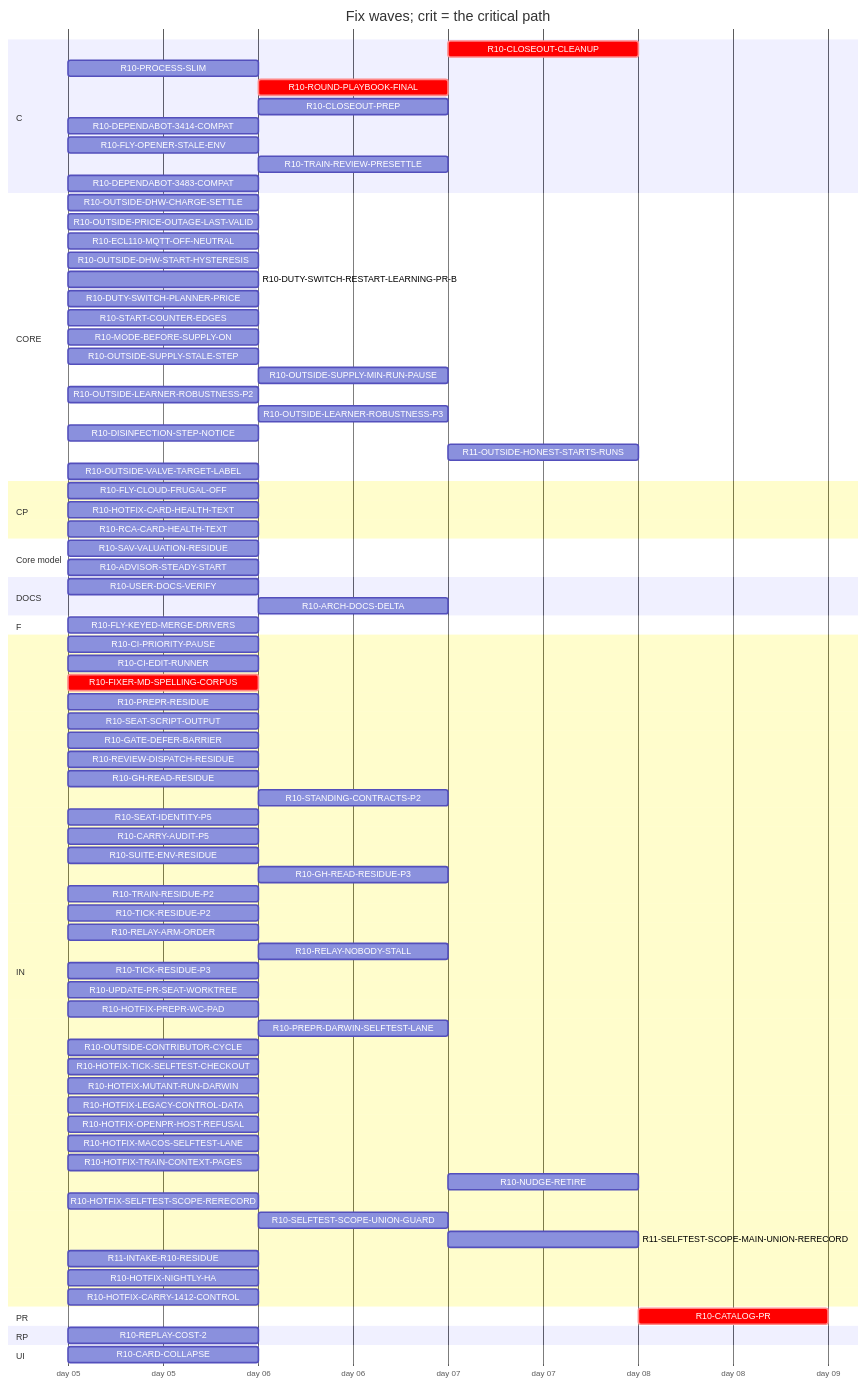
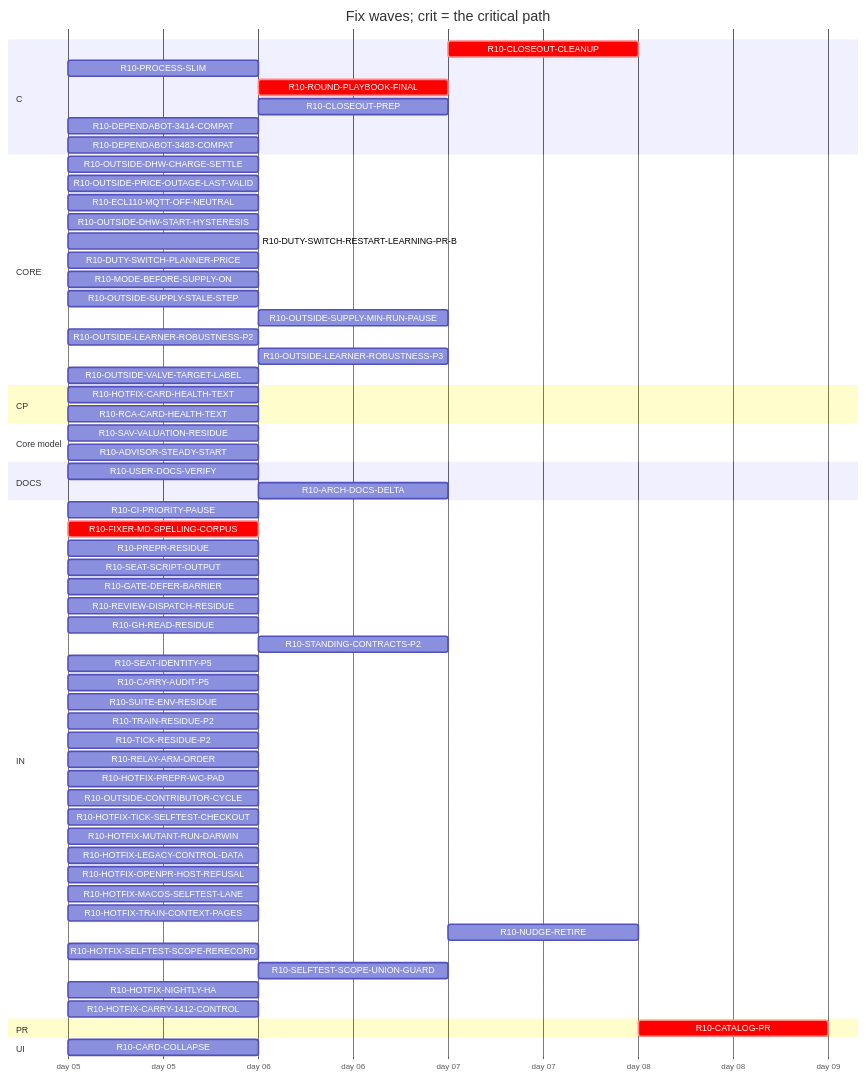
One commit to tvofi/heatpump_optimizer changed the diagram in handoff/round10/state/PLAN-TABLE.md. Above: the diagram before and after it, drawn with Mermaid. The commit also changed other lines of this file and 4 other files, not shown here.

Commit message:
state: FLOW-BOARD.md, NEXT-SESSION-PROMPT.md, PLAN-TABLE.md, PLAN.html, RESUME-CURRENT.md regenerated (state_docs.py)

````diff
--- a/handoff/round10/state/PLAN-TABLE.md
+++ b/handoff/round10/state/PLAN-TABLE.md
@@ -31,8 +29,6 @@
     R10-ROUND-PLAYBOOK-FINAL :crit, r10ROUNDPLAYBOOKFINAL, after r10FIXERMDSPELLINGCORPUS, 1d
     R10-CLOSEOUT-PREP :r10CLOSEOUTPREP, after r10FIXERMDSPELLINGCORPUS, 1d
     R10-DEPENDABOT-3414-COMPAT :r10DEPENDABOT3414COMPAT, 2026-01-05, 1d
-    R10-FLY-OPENER-STALE-ENV :r10FLYOPENERSTALEENV, 2026-01-05, 1d
-    R10-TRAIN-REVIEW-PRESETTLE :r10TRAINREVIEWPRESETTLE, after r10TRAINRESIDUEP2, 1d
     R10-DEPENDABOT-3483-COMPAT :r10DEPENDABOT3483COMPAT, 2026-01-05, 1d
   section CORE
     R10-OUTSIDE-DHW-CHARGE-SETTLE :r10OUTSIDEDHWCHARGESETTLE, 2026-01-05, 1d
@@ -41,17 +37,13 @@
     R10-OUTSIDE-DHW-START-HYSTERESIS :r10OUTSIDEDHWSTARTHYSTERESIS, 2026-01-05, 1d
     R10-DUTY-SWITCH-RESTART-LEARNING-PR-B :r10DUTYSWITCHRESTARTLEARNINGPRB, 2026-01-05, 1d
     R10-DUTY-SWITCH-PLANNER-PRICE :r10DUTYSWITCHPLANNERPRICE, 2026-01-05, 1d
-    R10-START-COUNTER-EDGES :r10STARTCOUNTEREDGES, 2026-01-05, 1d
     R10-MODE-BEFORE-SUPPLY-ON :r10MODEBEFORESUPPLYON, 2026-01-05, 1d
     R10-OUTSIDE-SUPPLY-STALE-STEP :r10OUTSIDESUPPLYSTALESTEP, 2026-01-05, 1d
     R10-OUTSIDE-SUPPLY-MIN-RUN-PAUSE :r10OUTSIDESUPPLYMINRUNPAUSE, after r10OUTSIDESUPPLYSTALESTEP, 1d
     R10-OUTSIDE-LEARNER-ROBUSTNESS-P2 :r10OUTSIDELEARNERROBUSTNESSP2, 2026-01-05, 1d
     R10-OUTSIDE-LEARNER-ROBUSTNESS-P3 :r10OUTSIDELEARNERROBUSTNESSP3, after r10OUTSIDELEARNERROBUSTNESSP2, 1d
-    R10-DISINFECTION-STEP-NOTICE :r10DISINFECTIONSTEPNOTICE, 2026-01-05, 1d
-    R11-OUTSIDE-HONEST-STARTS-RUNS :r11OUTSIDEHONESTSTARTSRUNS, after r10DUTYSWITCHPLANNERPRICE r10OUTSIDEDHWSTARTHYSTERESIS r10OUTSIDESUPPLYMINRUNPAUSE r10ADVISORSTEADYSTART, 1d
     R10-OUTSIDE-VALVE-TARGET-LABEL :r10OUTSIDEVALVETARGETLABEL, 2026-01-05, 1d
   section CP
-    R10-FLY-CLOUD-FRUGAL-OFF :r10FLYCLOUDFRUGALOFF, 2026-01-05, 1d
     R10-HOTFIX-CARD-HEALTH-TEXT :r10HOTFIXCARDHEALTHTEXT, 2026-01-05, 1d
     R10-RCA-CARD-HEALTH-TEXT :r10RCACARDHEALTHTEXT, 2026-01-05, 1d
   section Core model
@@ -60,11 +52,8 @@
   section DOCS
     R10-USER-DOCS-VERIFY :r10USERDOCSVERIFY, 2026-01-05, 1d
     R10-ARCH-DOCS-DELTA :r10ARCHDOCSDELTA, after r10SAVVALUATIONRESIDUE r10ADVISORSTEADYSTART r10PROCESSSLIM, 1d
-  section F
-    R10-FLY-KEYED-MERGE-DRIVERS :r10FLYKEYEDMERGEDRIVERS, 2026-01-05, 1d
   section IN
     R10-CI-PRIORITY-PAUSE :r10CIPRIORITYPAUSE, 2026-01-05, 1d
-    R10-CI-EDIT-RUNNER :r10CIEDITRUNNER, 2026-01-05, 1d
     R10-FIXER-MD-SPELLING-CORPUS :crit, r10FIXERMDSPELLINGCORPUS, 2026-01-05, 1d
     R10-PREPR-RESIDUE :r10PREPRRESIDUE, 2026-01-05, 1d
     R10-SEAT-SCRIPT-OUTPUT :r10SEATSCRIPTOUTPUT, 2026-01-05, 1d
@@ -75,15 +64,10 @@
     R10-SEAT-IDENTITY-P5 :r10SEATIDENTITYP5, 2026-01-05, 1d
     R10-CARRY-AUDIT-P5 :r10CARRYAUDITP5, 2026-01-05, 1d
     R10-SUITE-ENV-RESIDUE :r10SUITEENVRESIDUE, 2026-01-05, 1d
-    R10-GH-READ-RESIDUE-P3 :r10GHREADRESIDUEP3, after r10GHREADRESIDUE, 1d
     R10-TRAIN-RESIDUE-P2 :r10TRAINRESIDUEP2, 2026-01-05, 1d
     R10-TICK-RESIDUE-P2 :r10TICKRESIDUEP2, 2026-01-05, 1d
     R10-RELAY-ARM-ORDER :r10RELAYARMORDER, 2026-01-05, 1d
-    R10-RELAY-NOBODY-STALL :r10RELAYNOBODYSTALL, after r10RELAYARMORDER r10REVIEWDISPATCHRESIDUE, 1d
-    R10-TICK-RESIDUE-P3 :r10TICKRESIDUEP3, 2026-01-05, 1d
-    R10-UPDATE-PR-SEAT-WORKTREE :r10UPDATEPRSEATWORKTREE, 2026-01-05, 1d
     R10-HOTFIX-PREPR-WC-PAD :r10HOTFIXPREPRWCPAD, 2026-01-05, 1d
-    R10-PREPR-DARWIN-SELFTEST-LANE :r10PREPRDARWINSELFTESTLANE, after r10HOTFIXPREPRWCPAD, 1d
     R10-OUTSIDE-CONTRIBUTOR-CYCLE :r10OUTSIDECONTRIBUTORCYCLE, 2026-01-05, 1d
     R10-HOTFIX-TICK-SELFTEST-CHECKOUT :r10HOTFIXTICKSELFTESTCHECKOUT, 2026-01-05, 1d
     R10-HOTFIX-MUTANT-RUN-DARWIN :r10HOTFIXMUTANTRUNDARWIN, 2026-01-05, 1d
@@ -94,14 +78,10 @@
     R10-NUDGE-RETIRE :r10NUDGERETIRE, after r10ROUNDPLAYBOOKFINAL, 1d
     R10-HOTFIX-SELFTEST-SCOPE-RERECORD :r10HOTFIXSELFTESTSCOPERERECORD, 2026-01-05, 1d
     R10-SELFTEST-SCOPE-UNION-GUARD :r10SELFTESTSCOPEUNIONGUARD, after r10HOTFIXSELFTESTSCOPERERECORD, 1d
-    R11-SELFTEST-SCOPE-MAIN-UNION-RERECORD :r11SELFTESTSCOPEMAINUNIONRERECORD, after r10SELFTESTSCOPEUNIONGUARD, 1d
-    R11-INTAKE-R10-RESIDUE :r11INTAKER10RESIDUE, 2026-01-05, 1d
     R10-HOTFIX-NIGHTLY-HA :r10HOTFIXNIGHTLYHA, 2026-01-05, 1d
     R10-HOTFIX-CARRY-1412-CONTROL :r10HOTFIXCARRY1412CONTROL, 2026-01-05, 1d
   section PR
     R10-CATALOG-PR :crit, r10CATALOGPR, after r10USERDOCSVERIFY r10ROUNDPLAYBOOKFINAL r10CLOSEOUTCLEANUP r10CLOSEOUTPREP r10ARCHDOCSDELTA, 1d
-  section RP
-    R10-REPLAY-COST-2 :r10REPLAYCOST2, 2026-01-05, 1d
   section UI
     R10-CARD-COLLAPSE :r10CARDCOLLAPSE, 2026-01-05, 1d
 ```
````
